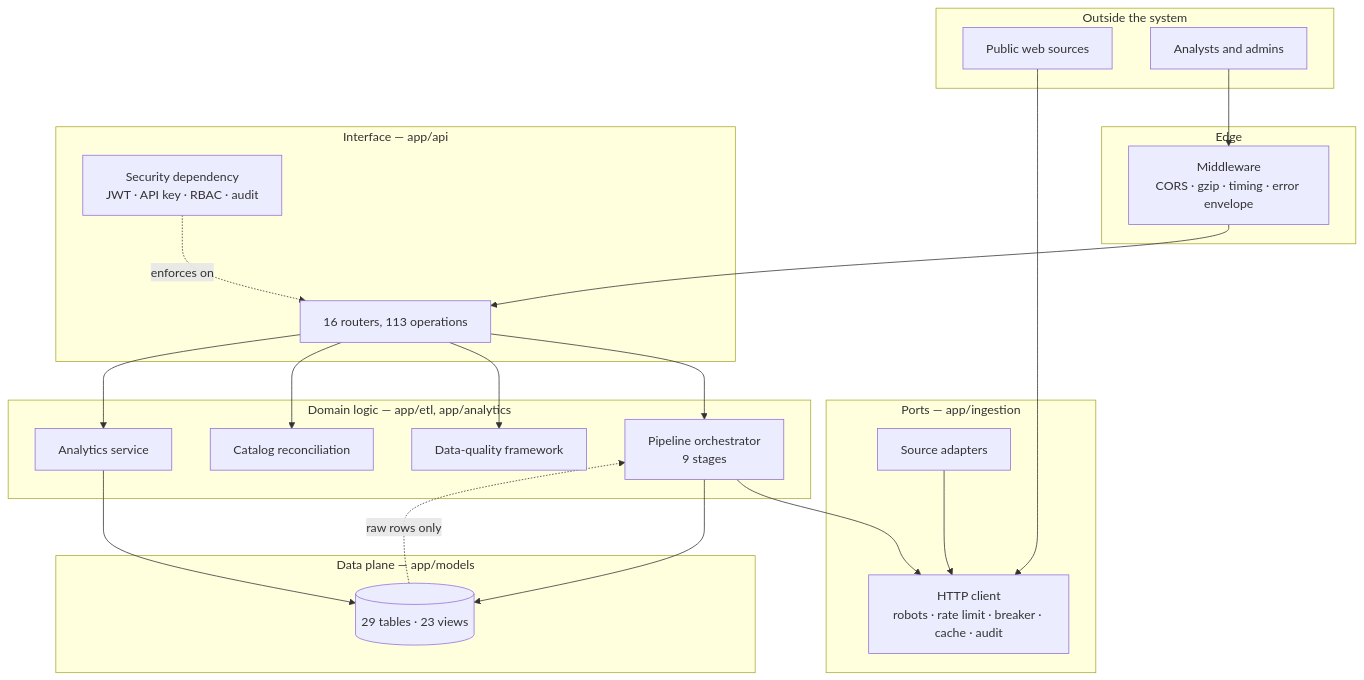
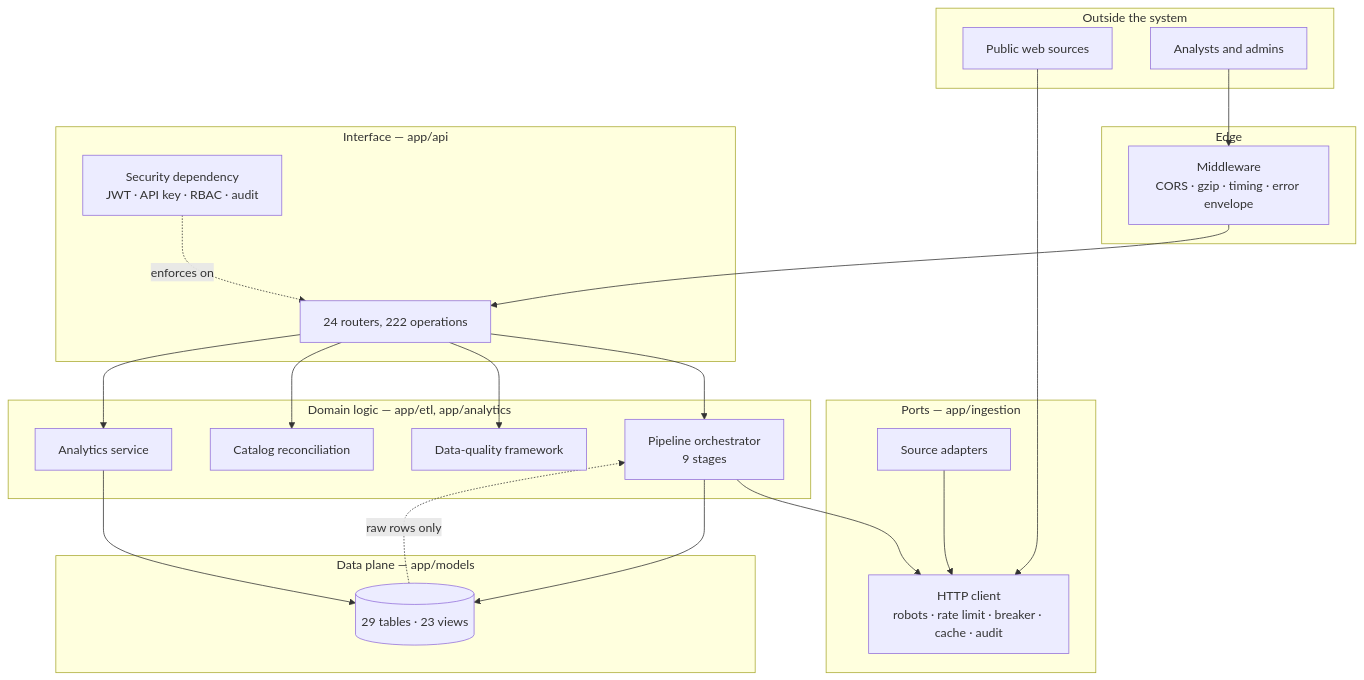
One commit to Ahmedbakr78/Web-to-Warehouse-Product-Intelligence-Pipeline changed the first of 6 diagrams in docs/21_architecture_deep_dive.md. Above: the diagram before and after it, drawn with Mermaid. The commit also changed 176 other files, not shown here.

First line of the commit message:
Expand the documentation and correct every stale figure in it

````diff
--- a/docs/21_architecture_deep_dive.md
+++ b/docs/21_architecture_deep_dive.md
@@ -26,42 +26,42 @@
 ```mermaid
 flowchart TB
     subgraph EXT["Outside the system"]
         WEB["Public web sources"]
         HUMAN["Analysts and admins"]
     end
 
     subgraph EDGE["Edge"]
         MWS["Middleware<br/>CORS · gzip · timing · error envelope"]
     end
 
     subgraph API["Interface — app/api"]
-        RT["16 routers, 113 operations"]
+        RT["24 routers, 222 operations"]
         SEC["Security dependency<br/>JWT · API key · RBAC · audit"]
     end
 
     subgraph DOMAIN["Domain logic — app/etl, app/analytics"]
         PIPE["Pipeline orchestrator<br/>9 stages"]
         DQ["Data-quality framework"]
         REC["Catalog reconciliation"]
         AN["Analytics service"]
     end
 
     subgraph PORT["Ports — app/ingestion"]
         HTTP["HTTP client<br/>robots · rate limit · breaker · cache · audit"]
         SRC["Source adapters"]
     end
 
     subgraph DATA["Data plane — app/models"]
         WH[("29 tables · 23 views")]
     end
 
     WEB --> HTTP
     HUMAN --> MWS
     MWS --> RT
     SEC -.enforces on.-> RT
     RT --> PIPE & DQ & REC & AN
     PIPE --> HTTP & WH
     SRC --> HTTP
     AN --> WH
     WH -.raw rows only.-> PIPE
 ```
````
